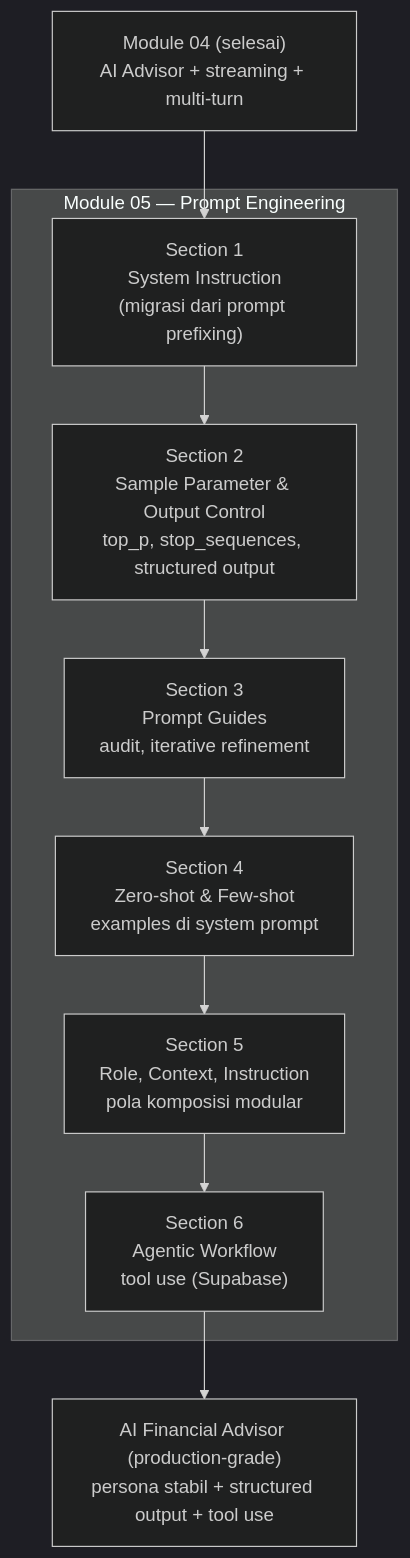
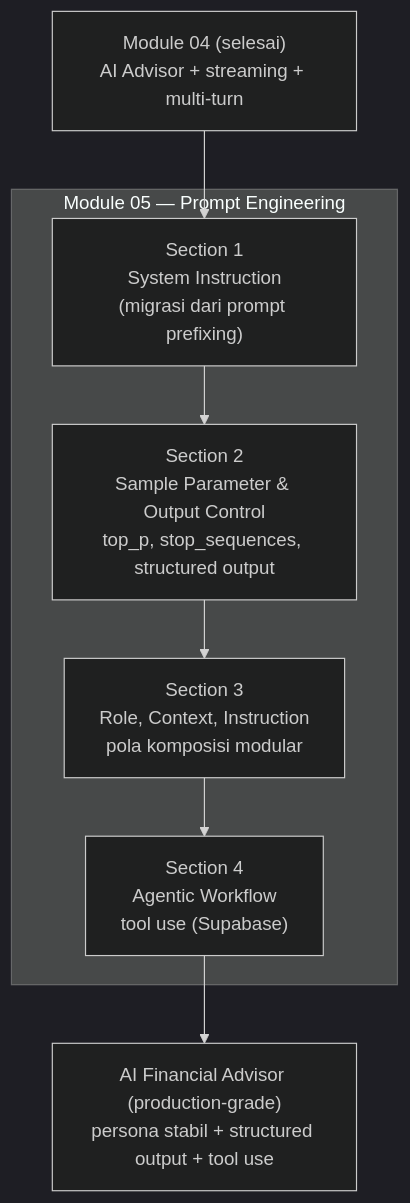
The first of 6 diagrams in Day 3 - Prompt Engineering/Module-05-Prompt-Engineering/materi.md (githubna-ilham/AI_Claude), drawn with Mermaid (dark theme) before and after one commit. The commit also changed other lines of this file and 7 other files, not shown here.

First line of the commit message:
docs(day-3/module-05): hapus Section 3 (Prompt Guides) + Section 4 (Few-shot), renumber sisanya

````diff
--- a/Day 3 - Prompt Engineering/Module-05-Prompt-Engineering/materi.md
+++ b/Day 3 - Prompt Engineering/Module-05-Prompt-Engineering/materi.md
@@ -30,17 +28,15 @@
 ```mermaid
 flowchart TD
     M4["Module 04 (selesai)<br/>AI Advisor + streaming + multi-turn"]
 
     subgraph M5["Module 05 — Prompt Engineering"]
         S1["Section 1<br/>System Instruction<br/>(migrasi dari prompt prefixing)"]
         S2["Section 2<br/>Sample Parameter & Output Control<br/>top_p, stop_sequences, structured output"]
-        S3["Section 3<br/>Prompt Guides<br/>audit, iterative refinement"]
-        S4["Section 4<br/>Zero-shot & Few-shot<br/>examples di system prompt"]
-        S5["Section 5<br/>Role, Context, Instruction<br/>pola komposisi modular"]
-        S6["Section 6<br/>Agentic Workflow<br/>tool use (Supabase)"]
+        S3["Section 3<br/>Role, Context, Instruction<br/>pola komposisi modular"]
+        S4["Section 4<br/>Agentic Workflow<br/>tool use (Supabase)"]
     end
 
     Final["AI Financial Advisor (production-grade)<br/>persona stabil + structured output + tool use"]
 
-    M4 --> S1 --> S2 --> S3 --> S4 --> S5 --> S6 --> Final
+    M4 --> S1 --> S2 --> S3 --> S4 --> Final
 ```
````
